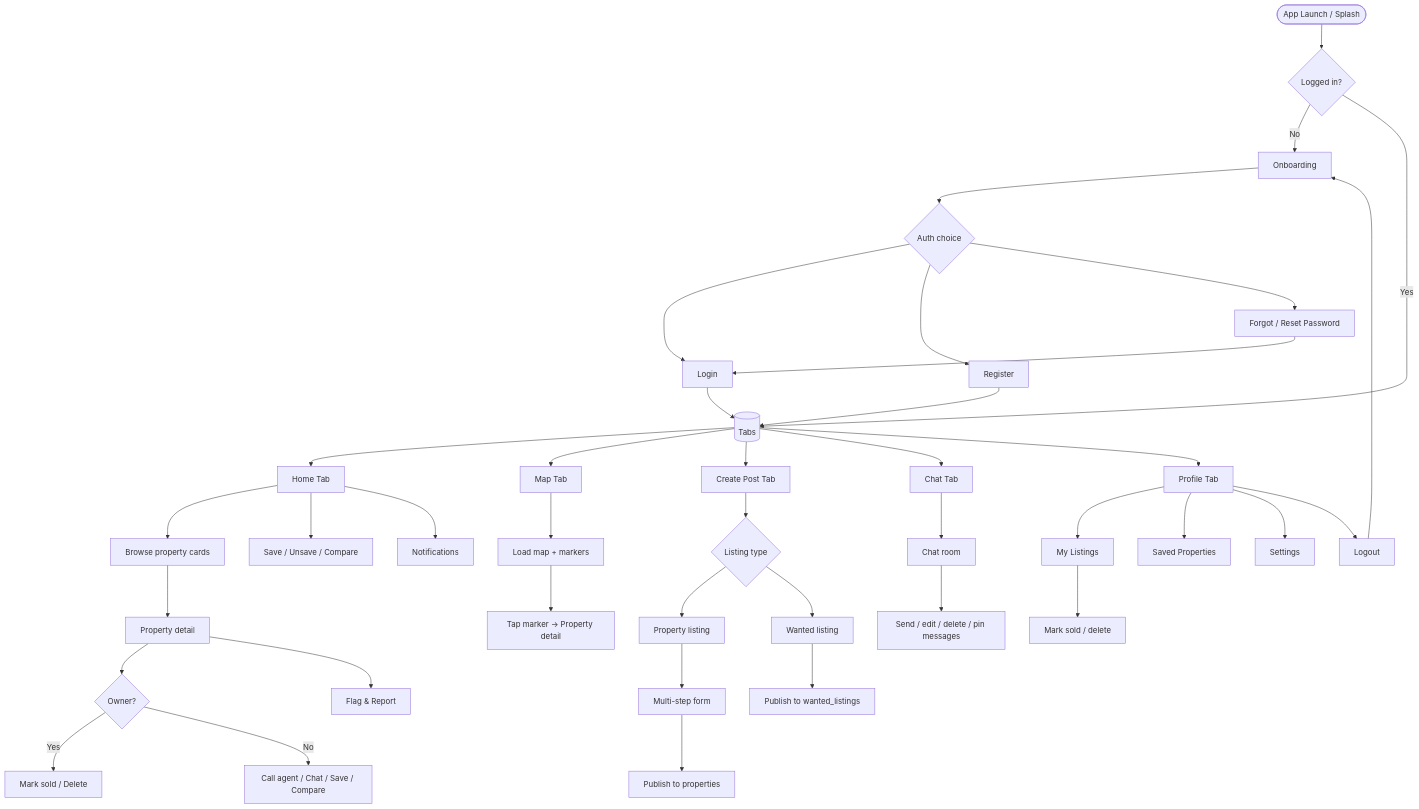
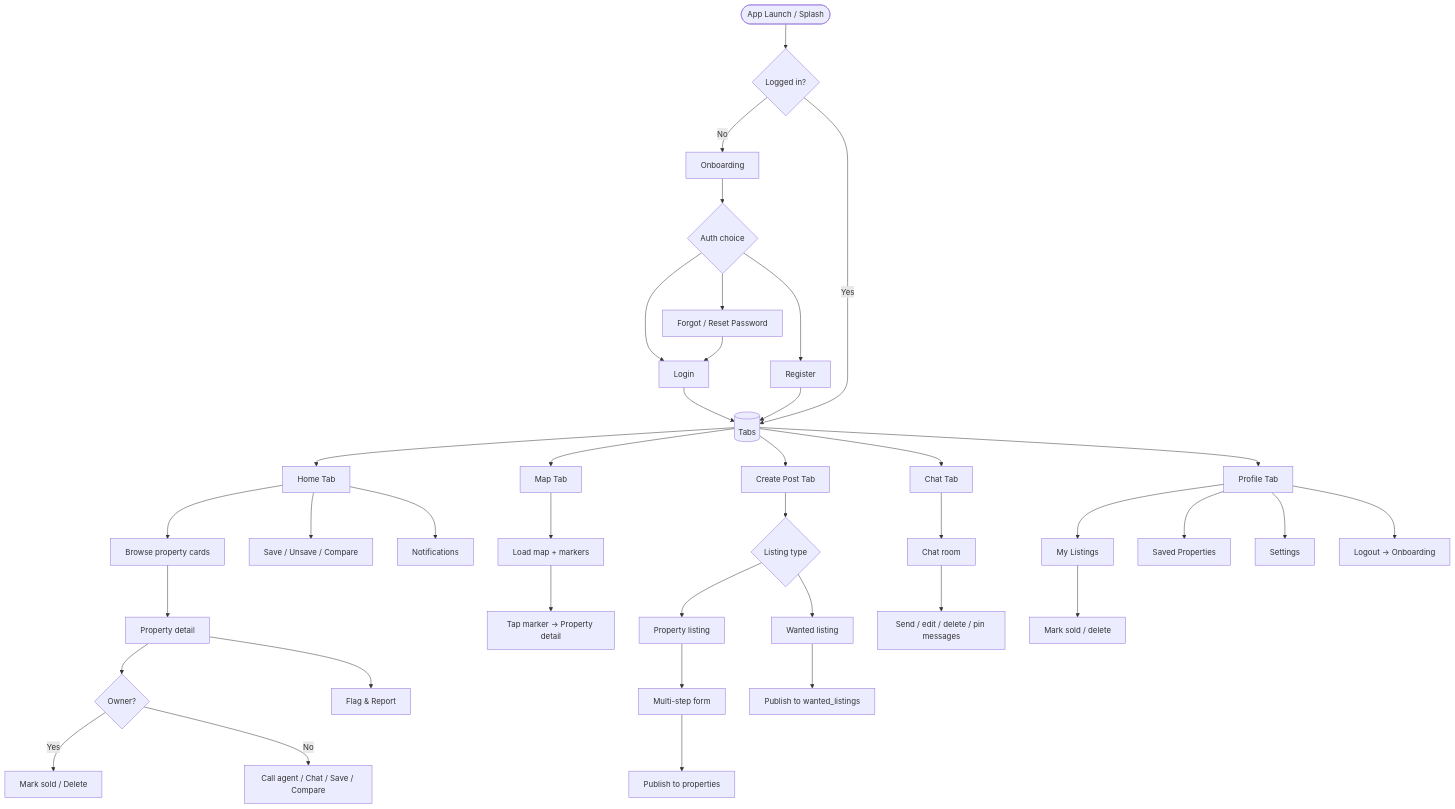
One commit to phyothant-dev/nestfinder changed the first of 6 diagrams in docs/diagrams.md. Above: the diagram before and after it, drawn with Mermaid. The commit also changed other lines of this file and 5 other files, not shown here.

Commit message:
Redraw diagrams to eliminate crossing lines

````diff
--- a/docs/diagrams.md
+++ b/docs/diagrams.md
@@ -9,49 +9,47 @@
 ```mermaid
 flowchart TD
     A([App Launch / Splash]) --> B{Logged in?}
     B -- No --> C[Onboarding]
     C --> D{Auth choice}
     D --> E[Login]
     D --> F[Register]
     D --> G[Forgot / Reset Password]
-    E --> H
+    E --> H[(Tabs)]
     F --> H
     G --> E
-    B -- Yes --> H[(Tabs)]
+    B -- Yes --> H
 
     H --> I[Home Tab]
     H --> J[Map Tab]
     H --> K[Create Post Tab]
     H --> L[Chat Tab]
     H --> M[Profile Tab]
 
     I --> I1[Browse property cards]
+    I1 --> I5[Property detail]
+    I5 --> I6{Owner?}
+    I6 -- Yes --> I7[Mark sold / Delete]
+    I6 -- No --> I8[Call agent / Chat / Save / Compare]
+    I5 --> I9[Flag & Report]
     I --> I2[Save / Unsave / Compare]
     I --> I3[Notifications]
 
     J --> J1[Load map + markers]
     J1 --> J2[Tap marker → Property detail]
 
     K --> K1{Listing type}
     K1 --> K2[Property listing]
     K2 --> K3[Multi-step form]
     K3 --> K4[Publish to properties]
     K1 --> K5[Wanted listing]
     K5 --> K6[Publish to wanted_listings]
 
     L --> L1[Chat room]
     L1 --> L2[Send / edit / delete / pin messages]
 
     M --> M1[My Listings]
+    M1 --> M1a[Mark sold / delete]
     M --> M2[Saved Properties]
     M --> M3[Settings]
-    M --> M4[Logout]
-    M1 --> M1a[Mark sold / delete]
-    M4 --> C
-
-    I1 --> I5[Property detail]
-    I5 --> I6{Owner?}
-    I6 -- Yes --> I7[Mark sold / Delete]
-    I6 -- No --> I8[Call agent / Chat / Save / Compare]
-    I5 --> I9[Flag & Report]
+    M --> M4[Logout → Onboarding]
 ```
````
